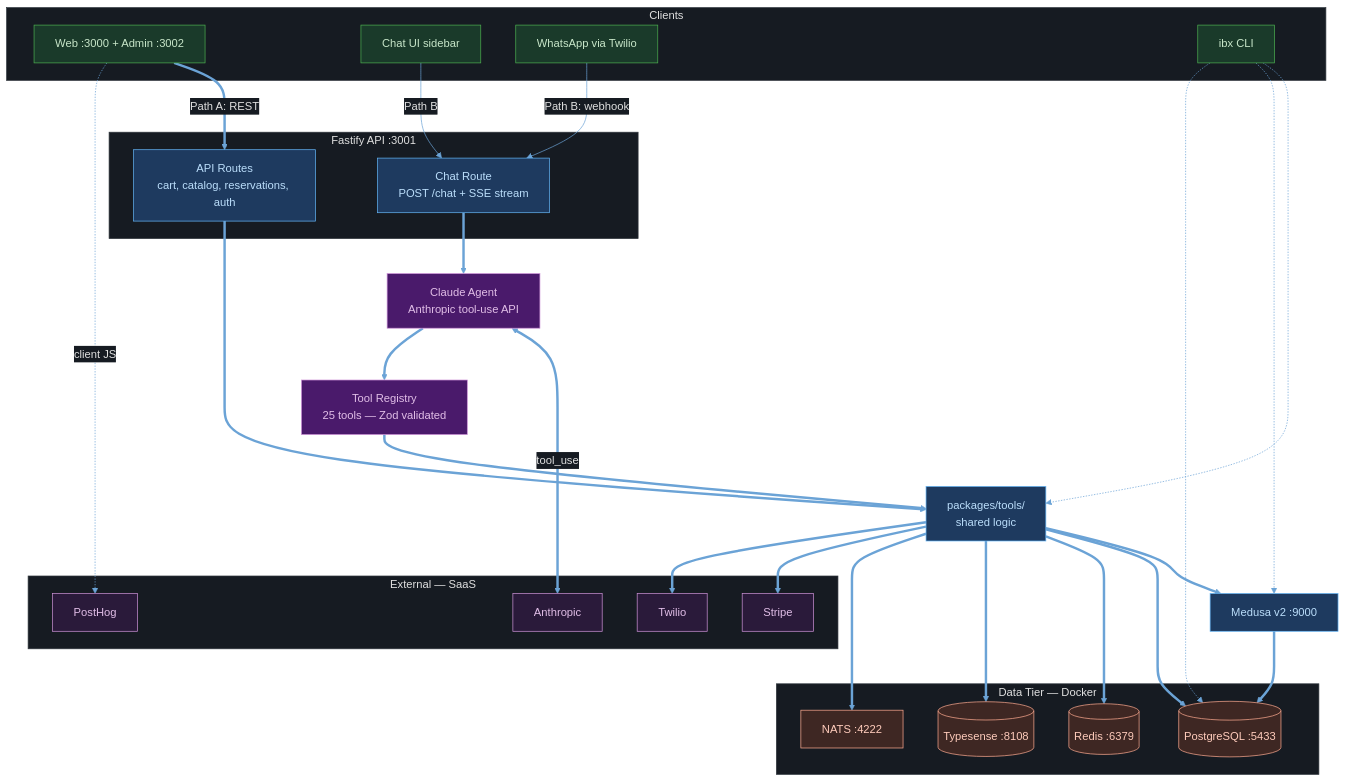
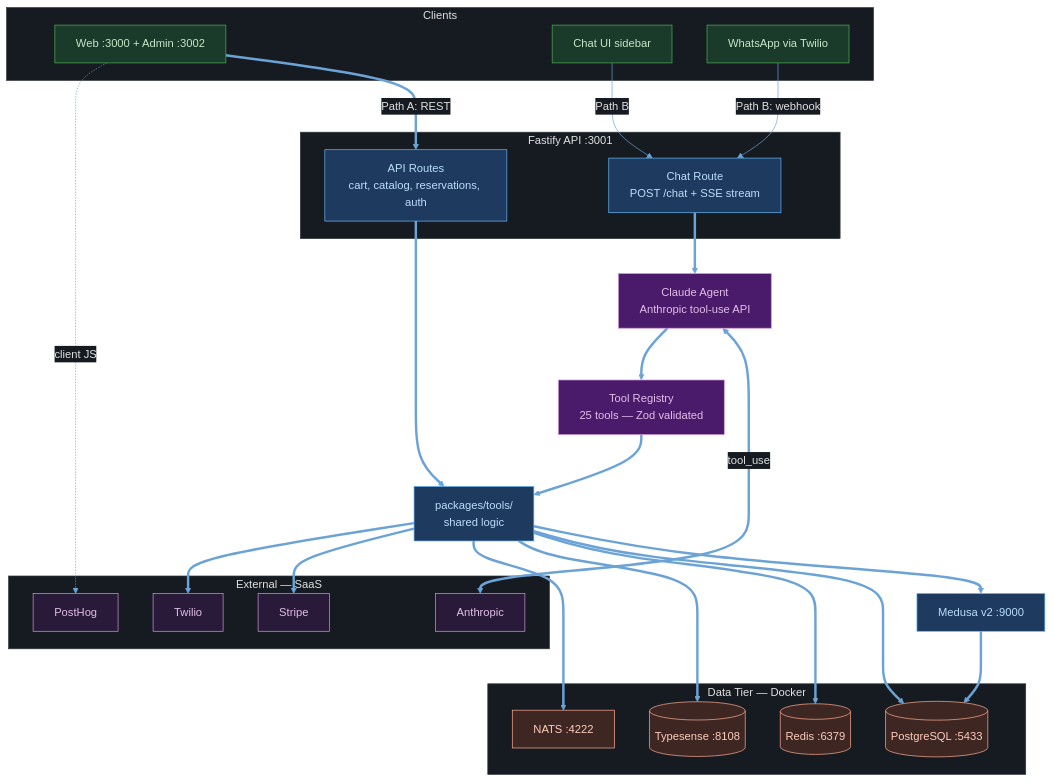
One commit to BrunoRodolpho/ibatexas changed the first of 5 diagrams in docs/architecture/README.md. Above: the diagram before and after it, drawn with Mermaid.

Commit message:
docs(arch): remove CLI from system context diagram
CLI is a dev tool, not part of the runtime architecture.
It clutters the Big Picture diagram which should focus on
the two production paths: browser REST vs agent chat.

````diff
--- a/docs/architecture/README.md
+++ b/docs/architecture/README.md
@@ -11,67 +11,64 @@
 ```mermaid
 %%{init: {'theme': 'base', 'themeVariables': {'primaryColor': '#1e3a5f', 'primaryTextColor': '#e0e0e0', 'primaryBorderColor': '#4a90d9', 'lineColor': '#6ba3d6', 'secondaryColor': '#2d4a22', 'tertiaryColor': '#4a3060', 'background': '#0d1117', 'mainBkg': '#161b22', 'nodeBorder': '#4a90d9', 'clusterBkg': '#161b22', 'clusterBorder': '#30363d', 'titleColor': '#e0e0e0', 'edgeLabelBackground': '#161b22'}}}%%
 graph TD
   subgraph Clients
     WEB["Web :3000 + Admin :3002"]
     CHAT["Chat UI sidebar"]
     WA["WhatsApp via Twilio"]
-    CLI["ibx CLI"]
   end
 
   subgraph "Fastify API :3001"
     ROUTES["API Routes<br/>cart, catalog, reservations, auth"]
     CHAT_RT["Chat Route<br/>POST /chat + SSE stream"]
   end
 
   AGENT["Claude Agent<br/>Anthropic tool-use API"]
   TOOL_REG["Tool Registry<br/>25 tools — Zod validated"]
   SHARED["packages/tools/<br/>shared logic"]
   MEDUSA["Medusa v2 :9000"]
 
   subgraph Data["Data Tier — Docker"]
     PG[("PostgreSQL :5433")]
     REDIS[("Redis :6379")]
     TS[("Typesense :8108")]
     NATS["NATS :4222"]
   end
 
   subgraph External["External — SaaS"]
     STRIPE["Stripe"]
     TWILIO["Twilio"]
     ANTHROPIC["Anthropic"]
     POSTHOG["PostHog"]
   end
 
   WEB ==>|"Path A: REST"| ROUTES
   ROUTES ==> SHARED
   CHAT -->|"Path B"| CHAT_RT
   WA -->|"Path B: webhook"| CHAT_RT
   CHAT_RT ==> AGENT
   AGENT <==>|tool_use| ANTHROPIC
   AGENT ==> TOOL_REG
   TOOL_REG ==> SHARED
   SHARED ==> MEDUSA & PG & REDIS & TS & NATS
   SHARED ==> STRIPE & TWILIO
   MEDUSA ==> PG
-  CLI -.-> SHARED & MEDUSA & PG
   WEB -.->|client JS| POSTHOG
 
   style WEB fill:#1a3a2a,stroke:#4caf50,color:#c8e6c9
   style CHAT fill:#1a3a2a,stroke:#4caf50,color:#c8e6c9
   style WA fill:#1a3a2a,stroke:#4caf50,color:#c8e6c9
-  style CLI fill:#1a3a2a,stroke:#4caf50,color:#c8e6c9
   style ROUTES fill:#1e3a5f,stroke:#64b5f6,color:#bbdefb
   style CHAT_RT fill:#1e3a5f,stroke:#64b5f6,color:#bbdefb
   style AGENT fill:#4a1a6b,stroke:#ce93d8,color:#e1bee7
   style TOOL_REG fill:#4a1a6b,stroke:#ce93d8,color:#e1bee7
   style SHARED fill:#1e3a5f,stroke:#64b5f6,color:#bbdefb
   style MEDUSA fill:#1e3a5f,stroke:#64b5f6,color:#bbdefb
   style PG fill:#3e2723,stroke:#ffab91,color:#ffccbc
   style REDIS fill:#3e2723,stroke:#ffab91,color:#ffccbc
   style TS fill:#3e2723,stroke:#ffab91,color:#ffccbc
   style NATS fill:#3e2723,stroke:#ffab91,color:#ffccbc
   style STRIPE fill:#2a1a3a,stroke:#ce93d8,color:#e1bee7
   style TWILIO fill:#2a1a3a,stroke:#ce93d8,color:#e1bee7
   style ANTHROPIC fill:#2a1a3a,stroke:#ce93d8,color:#e1bee7
   style POSTHOG fill:#2a1a3a,stroke:#ce93d8,color:#e1bee7
 ```
````
